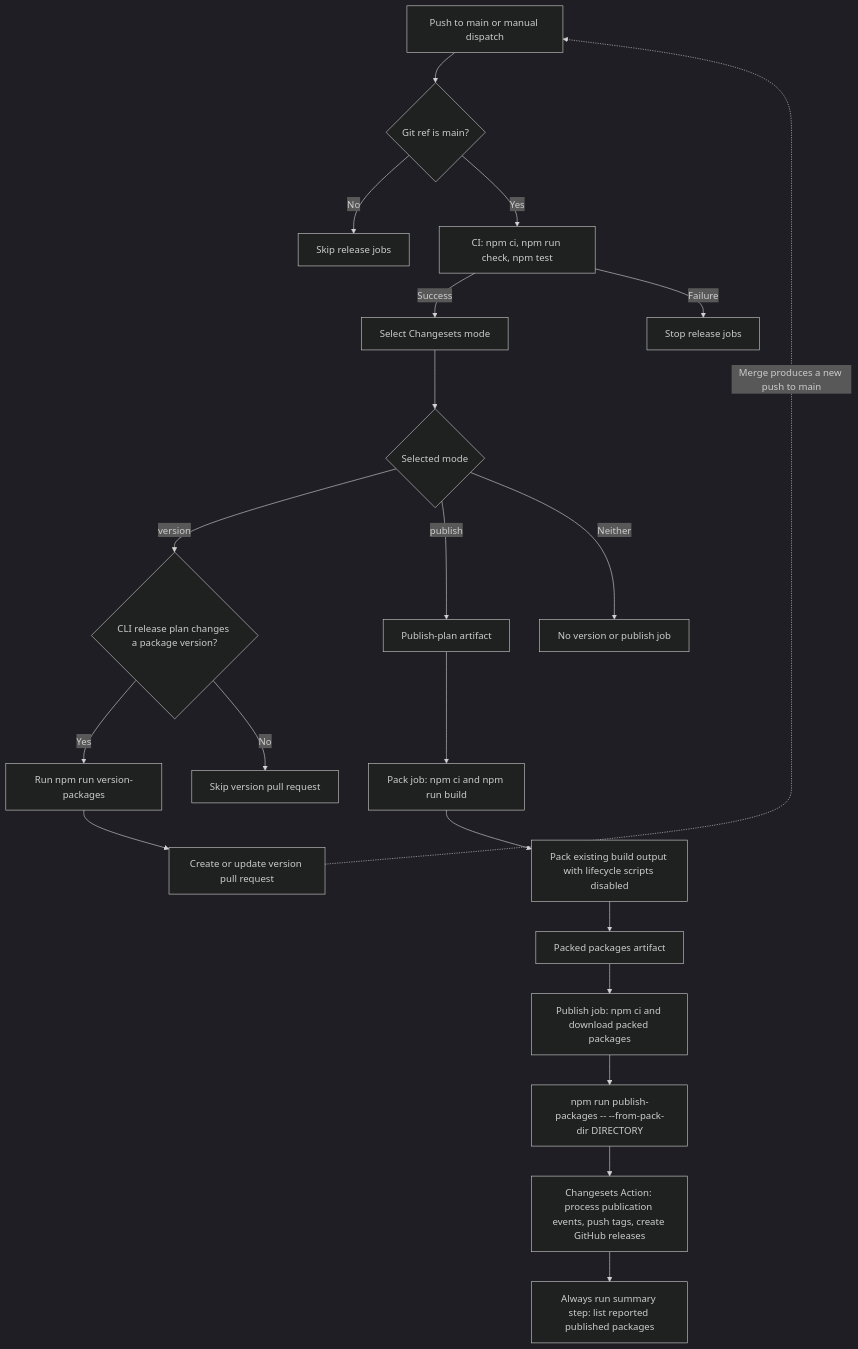
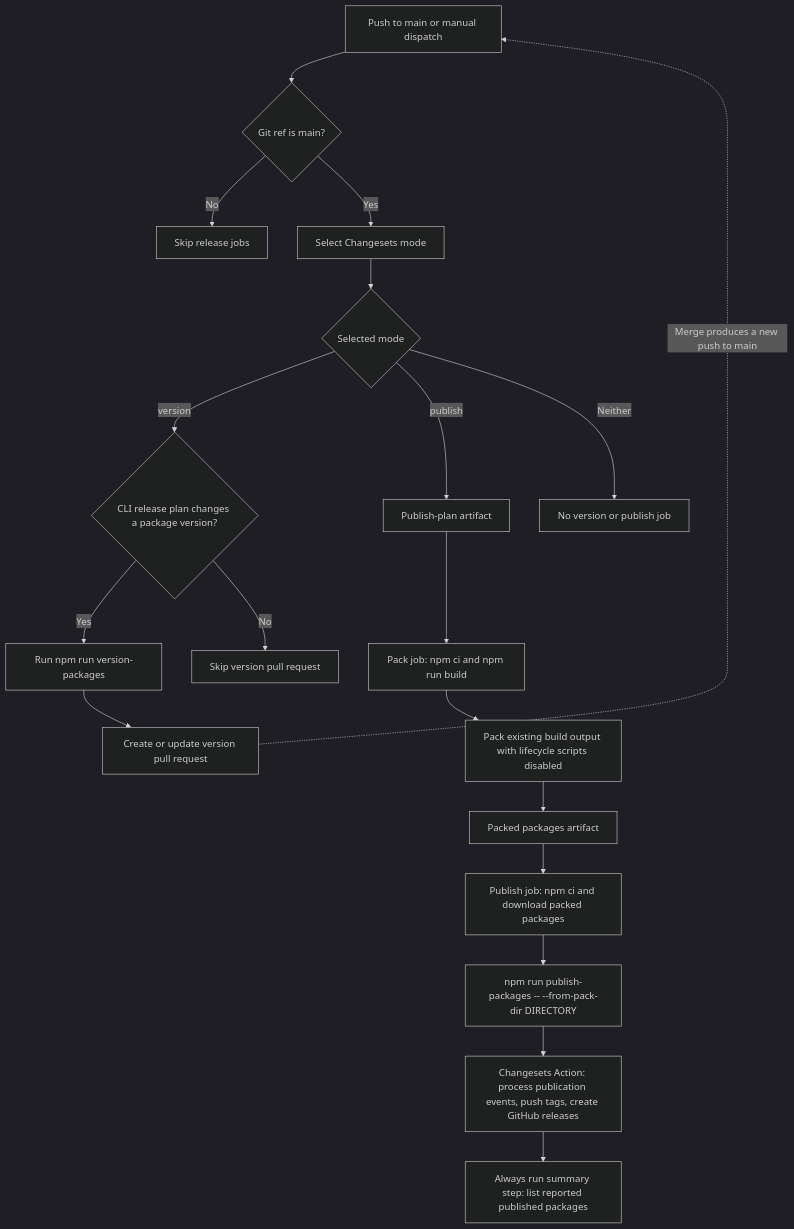
One commit to narumiruna/pi-extensions changed the diagram in docs/publish-workflow.md. Above: the diagram before and after it, drawn with Mermaid (dark theme). The commit also changed other lines of this file and 3 other files, not shown here.

````diff
--- a/docs/publish-workflow.md
+++ b/docs/publish-workflow.md
@@ -5,23 +5,21 @@
 ```mermaid
 flowchart TD
     Trigger["Push to main or manual dispatch"] --> Main{"Git ref is main?"}
     Main -->|No| Skip["Skip release jobs"]
-    Main -->|Yes| CI["CI: npm ci, npm run check, npm test"]
-    CI -->|Success| Select["Select Changesets mode"]
-    CI -->|Failure| Stop["Stop release jobs"]
+    Main -->|Yes| Select["Select Changesets mode"]
     Select --> Mode{"Selected mode"}
     Mode -->|version| VersionPlan{"CLI release plan changes a package version?"}
     VersionPlan -->|Yes| Version["Run npm run version-packages"]
     VersionPlan -->|No| SkipPR["Skip version pull request"]
     Version --> PR["Create or update version pull request"]
     PR -. "Merge produces a new push to main" .-> Trigger
     Mode -->|publish| Plan["Publish-plan artifact"]
     Plan --> Pack["Pack job: npm ci and npm run build"]
     Pack --> Tarballs["Pack existing build output with lifecycle scripts disabled"]
     Tarballs --> Artifact["Packed packages artifact"]
     Artifact --> Publish["Publish job: npm ci and download packed packages"]
     Publish --> Native["npm run publish-packages -- --from-pack-dir DIRECTORY"]
     Native --> Action["Changesets Action: process publication events, push tags, create GitHub releases"]
     Action --> Summary["Always run summary step: list reported published packages"]
     Mode -->|Neither| None["No version or publish job"]
 ```
````
